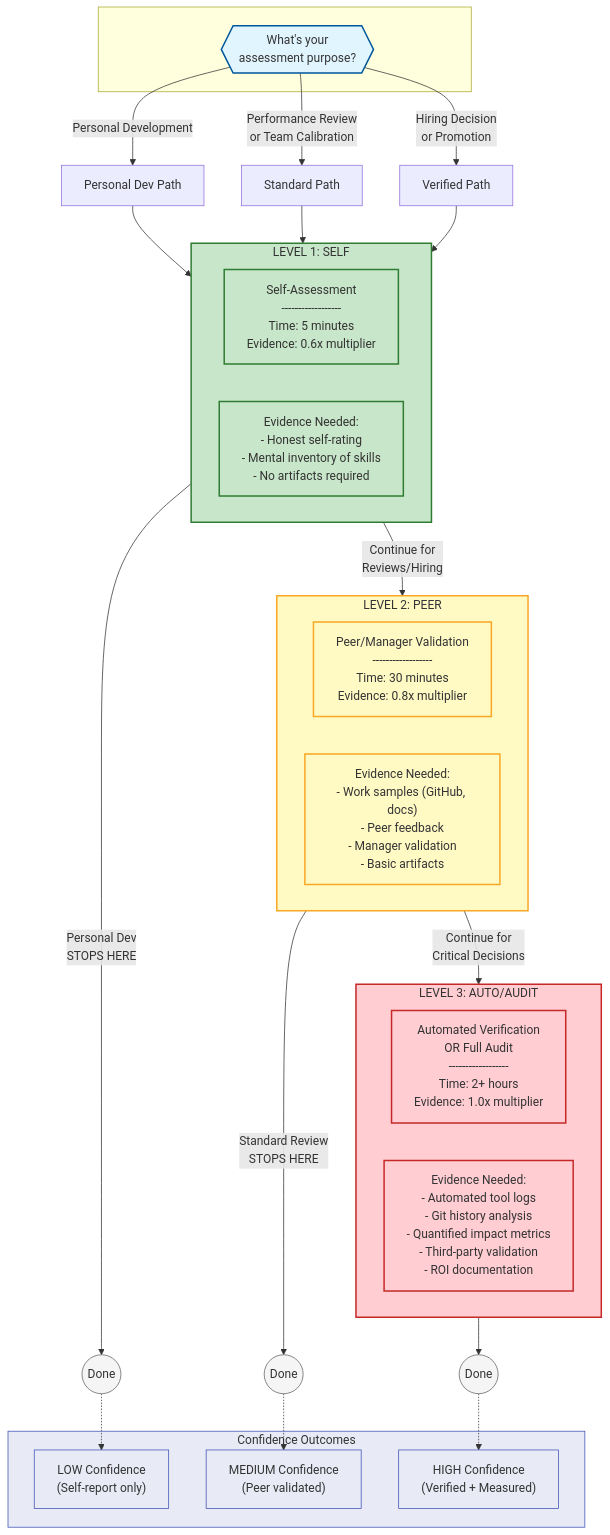
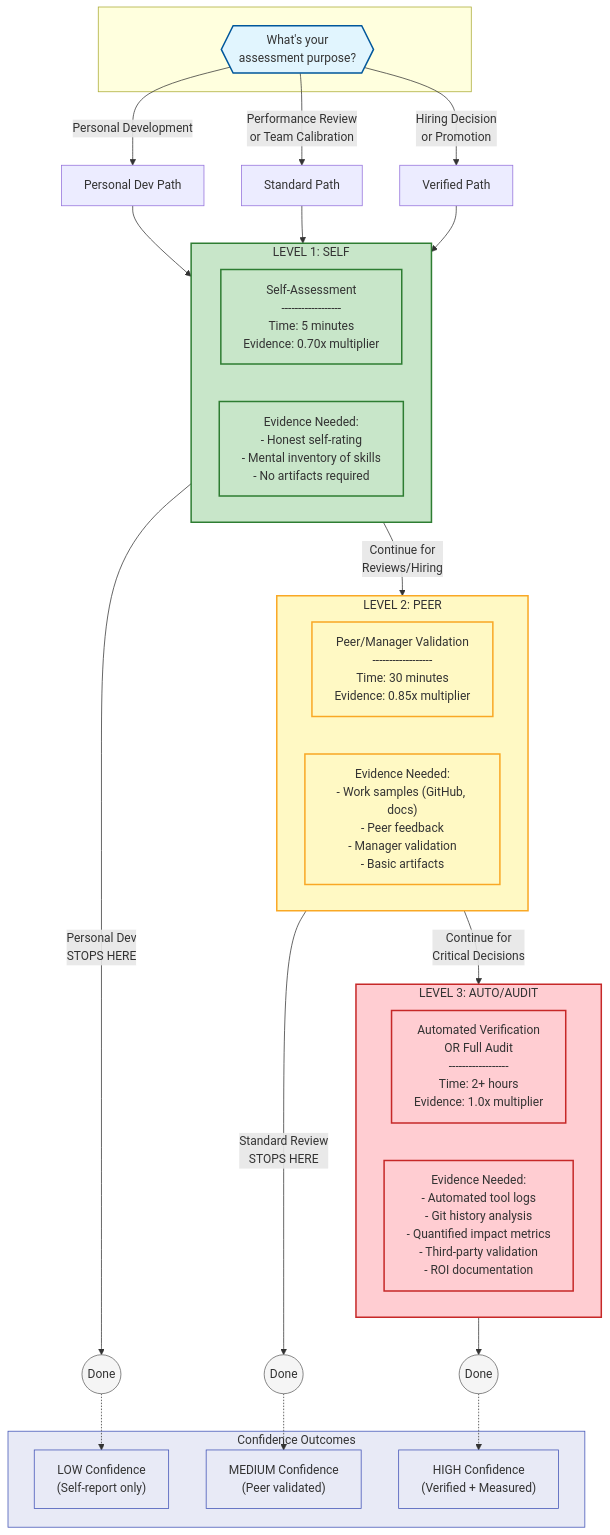
One commit to sagearbor/ai-skill-eval-kit changed the diagram in docs/diagrams/assessment_flow.md. Above: the diagram before and after it, drawn with Mermaid. The commit also changed other lines of this file and 14 other files, not shown here.

````diff
--- a/docs/diagrams/assessment_flow.md
+++ b/docs/diagrams/assessment_flow.md
@@ -3,70 +3,70 @@
 ```mermaid
 flowchart TD
     subgraph START[" "]
         Q{{"What's your<br/>assessment purpose?"}}
     end
 
     %% Three main paths
     Q -->|"Personal Development"| PD[Personal Dev Path]
     Q -->|"Performance Review<br/>or Team Calibration"| PR[Standard Path]
     Q -->|"Hiring Decision<br/>or Promotion"| HP[Verified Path]
 
     %% ===== LEVEL 1: SELF (Easiest) =====
     subgraph L1["LEVEL 1: SELF"]
         direction LR
-        SA["Self-Assessment<br/>------------------<br/>Time: 5 minutes<br/>Evidence: 0.6x multiplier"]
+        SA["Self-Assessment<br/>------------------<br/>Time: 5 minutes<br/>Evidence: 0.70x multiplier"]
         SA_E["Evidence Needed:<br/>- Honest self-rating<br/>- Mental inventory of skills<br/>- No artifacts required"]
     end
 
     PD --> L1
     PR --> L1
     HP --> L1
 
     %% ===== LEVEL 2: PEER (Standard) =====
     subgraph L2["LEVEL 2: PEER"]
         direction LR
-        MC["Peer/Manager Validation<br/>------------------<br/>Time: 30 minutes<br/>Evidence: 0.8x multiplier"]
+        MC["Peer/Manager Validation<br/>------------------<br/>Time: 30 minutes<br/>Evidence: 0.85x multiplier"]
         MC_E["Evidence Needed:<br/>- Work samples (GitHub, docs)<br/>- Peer feedback<br/>- Manager validation<br/>- Basic artifacts"]
     end
 
     L1 -->|"Personal Dev<br/>STOPS HERE"| DONE1((Done))
     L1 -->|"Continue for<br/>Reviews/Hiring"| L2
 
     %% ===== LEVEL 3: AUTO/AUDIT (Most Rigorous) =====
     subgraph L3["LEVEL 3: AUTO/AUDIT"]
         direction LR
         VER["Automated Verification<br/>OR Full Audit<br/>------------------<br/>Time: 2+ hours<br/>Evidence: 1.0x multiplier"]
         VER_E["Evidence Needed:<br/>- Automated tool logs<br/>- Git history analysis<br/>- Quantified impact metrics<br/>- Third-party validation<br/>- ROI documentation"]
     end
 
     L2 -->|"Standard Review<br/>STOPS HERE"| DONE2((Done))
     L2 -->|"Continue for<br/>Critical Decisions"| L3
 
     L3 --> DONE3((Done))
 
     %% ===== CONFIDENCE OUTCOMES =====
     subgraph CONF["Confidence Outcomes"]
         C1["LOW Confidence<br/>(Self-report only)"]
         C2["MEDIUM Confidence<br/>(Peer validated)"]
         C3["HIGH Confidence<br/>(Verified + Measured)"]
     end
 
     DONE1 -.-> C1
     DONE2 -.-> C2
     DONE3 -.-> C3
 
     %% Styling
     classDef startStyle fill:#e1f5fe,stroke:#01579b,stroke-width:2px
     classDef level1 fill:#c8e6c9,stroke:#2e7d32,stroke-width:2px
     classDef level2 fill:#fff9c4,stroke:#f9a825,stroke-width:2px
     classDef level3 fill:#ffcdd2,stroke:#c62828,stroke-width:2px
     classDef endpoint fill:#f5f5f5,stroke:#616161,stroke-width:1px
     classDef confidence fill:#e8eaf6,stroke:#3f51b5,stroke-width:1px
 
     class Q startStyle
     class L1,SA,SA_E level1
     class L2,MC,MC_E level2
     class L3,VER,VER_E level3
     class DONE1,DONE2,DONE3 endpoint
     class CONF,C1,C2,C3 confidence
 ```
````
